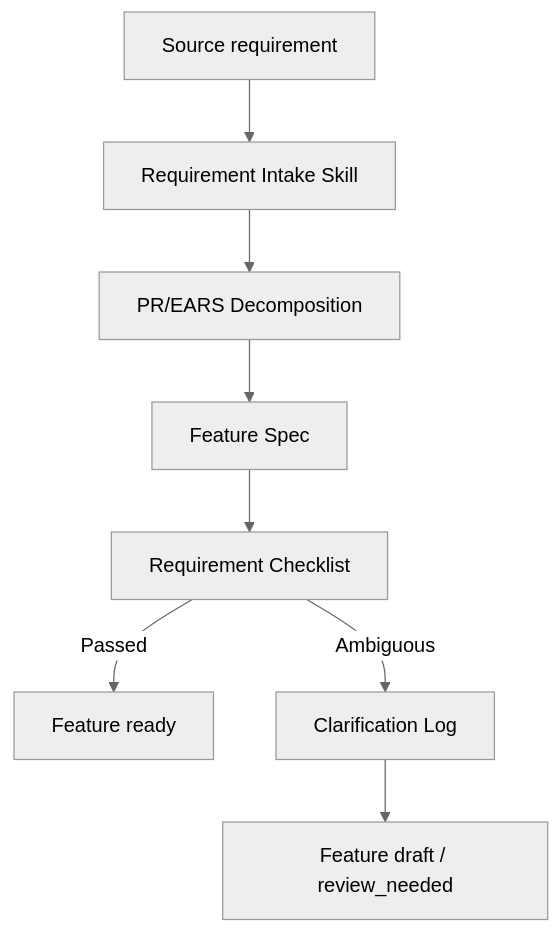
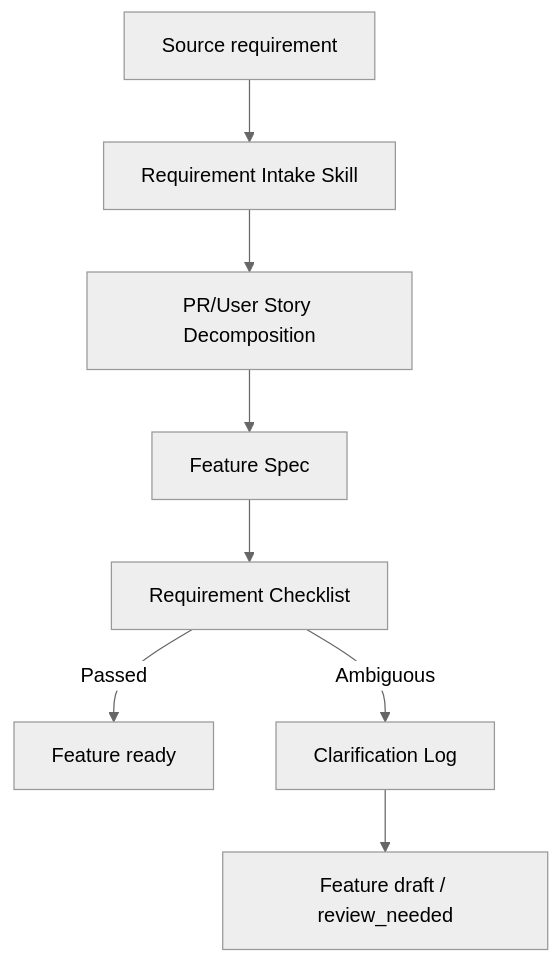
One commit to songcojp/agentic-spec-driven-auto-build changed the third of 6 diagrams in docs/agentic-spec/zh-CN/hld.md. Above: the diagram before and after it, drawn with Mermaid (neutral theme). The commit also changed other lines of this file and 75 other files, not shown here.

Commit message:
refactor(spec): replace EARS with user stories

````diff
--- a/docs/agentic-spec/zh-CN/hld.md
+++ b/docs/agentic-spec/zh-CN/hld.md
@@ -656,10 +656,10 @@
 ```mermaid
 flowchart TD
   Input[Source requirement] --> Intake[Requirement Intake Skill]
-  Intake --> EARS[PR/EARS Decomposition]
-  EARS --> Feature[Feature Spec]
+  Intake --> 用户故事[PR/User Story Decomposition]
+  用户故事 --> Feature[Feature Spec]
   Feature --> Checklist[Requirement Checklist]
   Checklist -->|Passed| Ready[Feature ready]
   Checklist -->|Ambiguous| Clarify[Clarification Log]
   Clarify --> Draft[Feature draft / review_needed]
 ```
````
